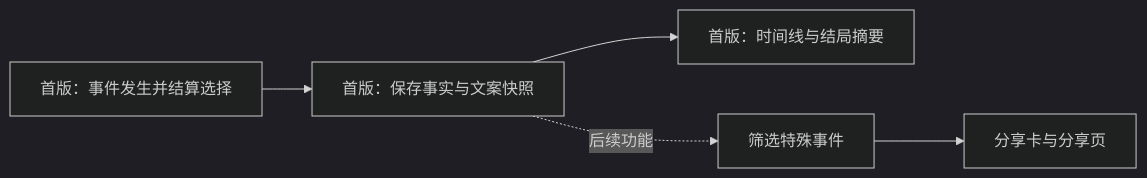
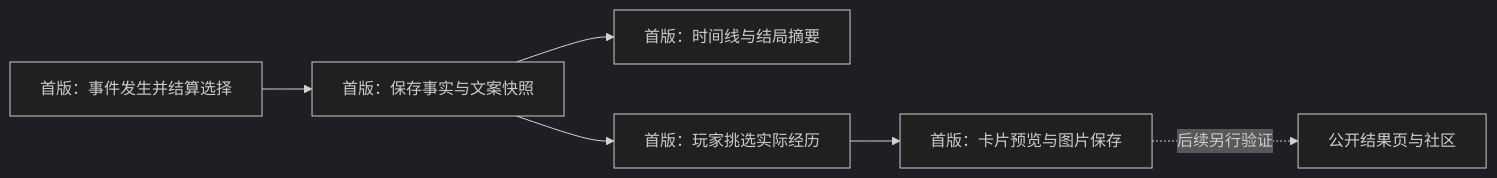
The diagram in docs/event-records.md (yuki-uix/life-sim-product-study), drawn with Mermaid (dark theme) before and after one commit. The commit also changed other lines of this file and 14 other files, not shown here.

````diff
--- a/docs/event-records.md
+++ b/docs/event-records.md
@@ -17,7 +17,8 @@
 ```mermaid
 flowchart LR
     A[首版：事件发生并结算选择] --> B[首版：保存事实与文案快照]
     B --> C[首版：时间线与结局摘要]
-    B -.后续功能.-> D[筛选特殊事件]
-    D --> E[分享卡与分享页]
+    B --> D[首版：玩家挑选实际经历]
+    D --> E[首版：卡片预览与图片保存]
+    E -.后续另行验证.-> F[公开结果页与社区]
 ```
````
